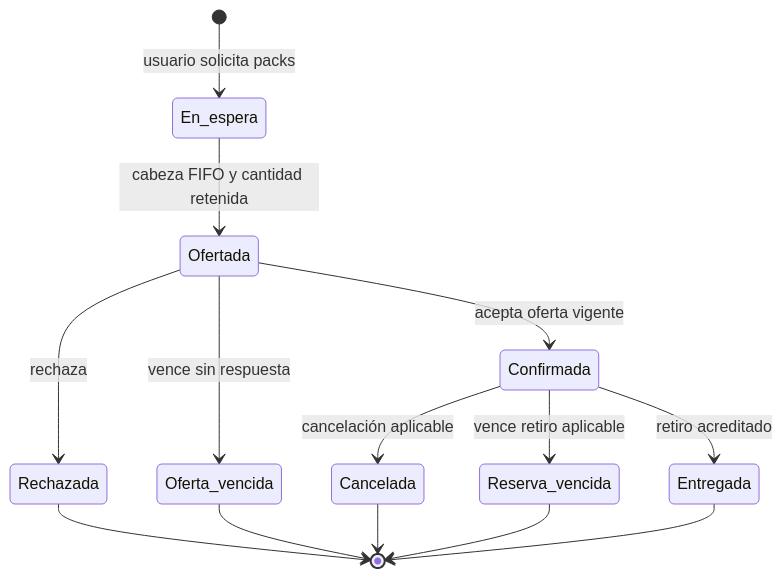
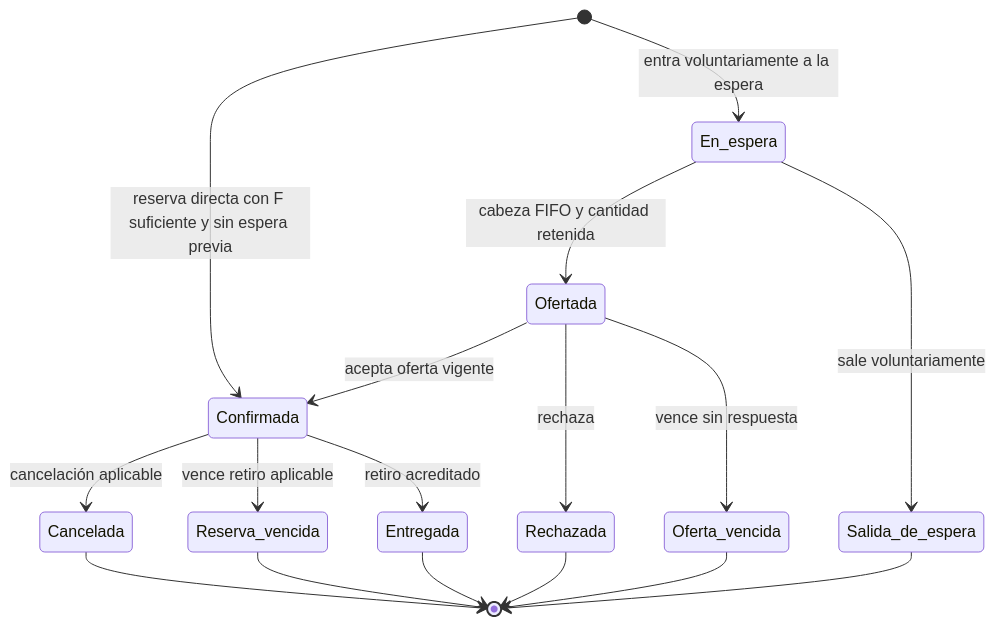
One commit to ClemoAcevedo/rescate changed the fourth of 4 diagrams in docs/modelo-inicial.md. Above: the diagram before and after it, drawn with Mermaid. The commit also changed other lines of this file and 2 other files, not shown here.

Commit message:
docs(K013): resolver D-04, D-06 y D-07 con E1 y agregar reserva directa

````diff
--- a/docs/modelo-inicial.md
+++ b/docs/modelo-inicial.md
@@ -296,16 +296,19 @@
 ```mermaid
 stateDiagram-v2
-  [*] --> En_espera: usuario solicita packs
+  [*] --> Confirmada: reserva directa con F suficiente y sin espera previa
+  [*] --> En_espera: entra voluntariamente a la espera
   En_espera --> Ofertada: cabeza FIFO y cantidad retenida
+  En_espera --> Salida_de_espera: sale voluntariamente
   Ofertada --> Confirmada: acepta oferta vigente
   Ofertada --> Rechazada: rechaza
   Ofertada --> Oferta_vencida: vence sin respuesta
   Confirmada --> Cancelada: cancelación aplicable
   Confirmada --> Reserva_vencida: vence retiro aplicable
   Confirmada --> Entregada: retiro acreditado
   Rechazada --> [*]
+  Salida_de_espera --> [*]
   Oferta_vencida --> [*]
   Cancelada --> [*]
   Reserva_vencida --> [*]
   Entregada --> [*]
 ```
````
